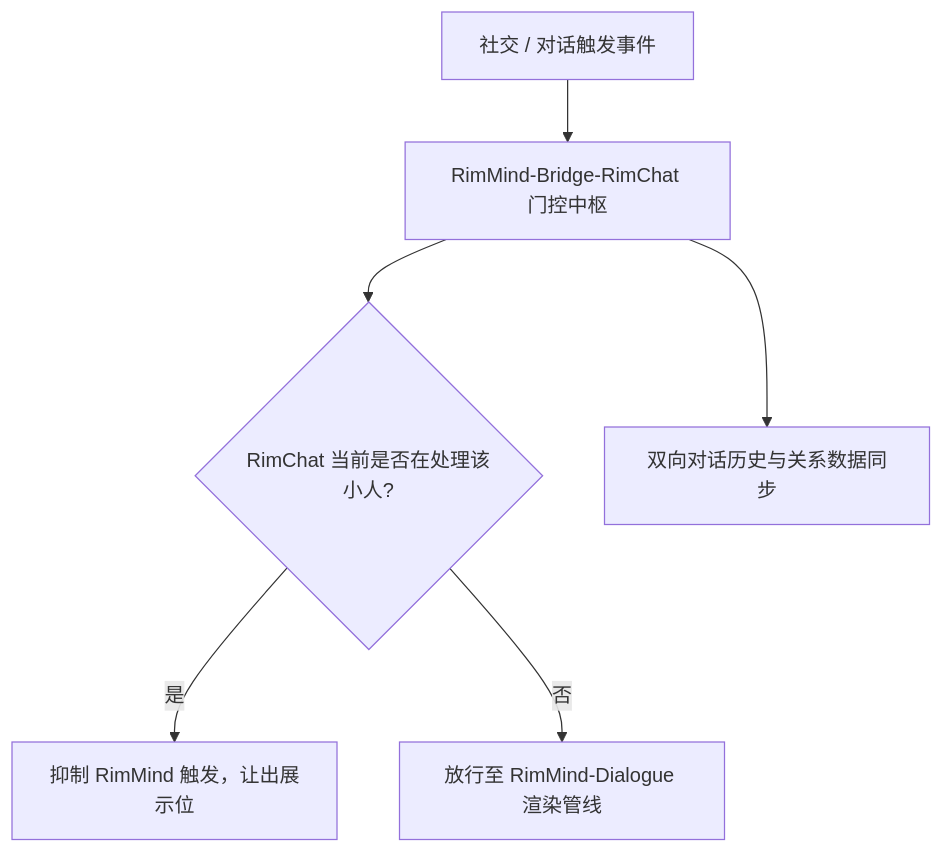
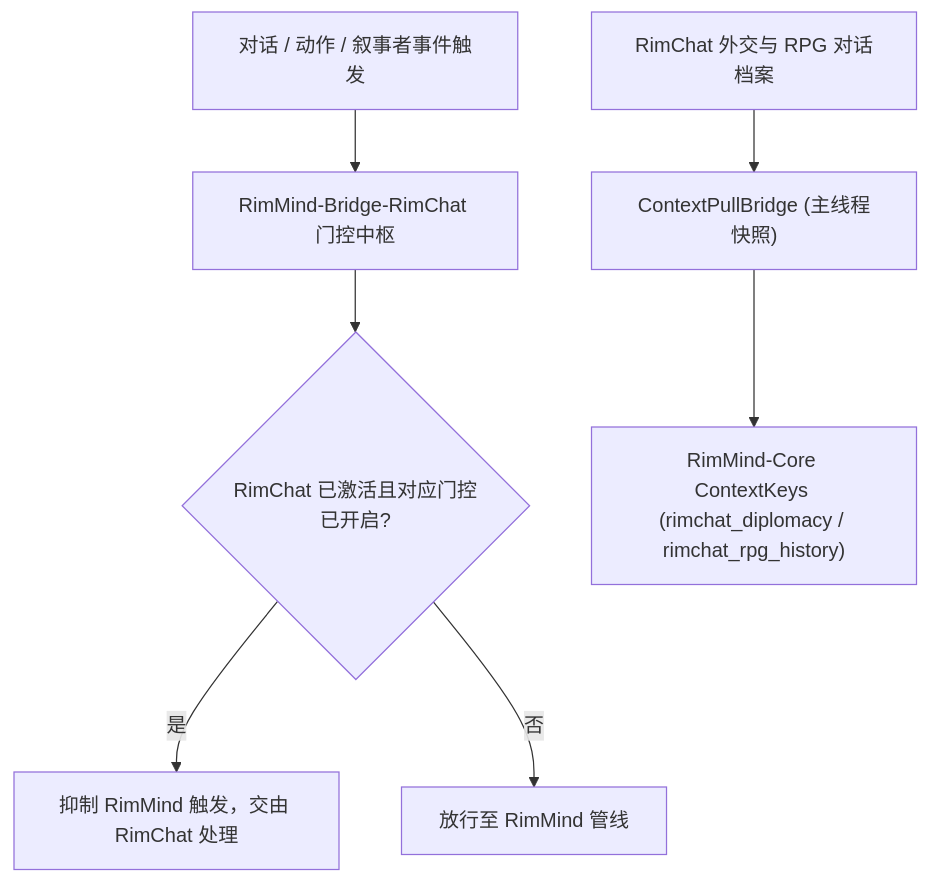
One commit to RimWorld-RimMind-Mod/RimWorld-RimMind-Mod-Bridge-RimChat changed the diagram in README_zh.md. Above: the diagram before and after it, drawn with Mermaid. The commit also changed other lines of this file and 21 other files, not shown here.

First line of the commit message:
fix(bridge-rimchat): fix DiplomacyManager reflection P0, main-thread safety, and sync packaging/docs (#23)

````diff
--- a/README_zh.md
+++ b/README_zh.md
@@ -41,8 +41,9 @@
 ```mermaid
 flowchart TD
-    Event["社交 / 对话触发事件"] --> Bridge["RimMind-Bridge-RimChat 门控中枢"]
-    Bridge --> Check{"RimChat 当前是否在处理该小人?"}
-    Check -- 是 --> Suppress["抑制 RimMind 触发，让出展示位"]
-    Check -- 否 --> Allow["放行至 RimMind-Dialogue 渲染管线"]
-    Bridge --> Sync["双向对话历史与关系数据同步"]
+    Event["对话 / 动作 / 叙事者事件触发"] --> Bridge["RimMind-Bridge-RimChat 门控中枢"]
+    Bridge --> Check{"RimChat 已激活且对应门控已开启?"}
+    Check -- 是 --> Suppress["抑制 RimMind 触发，交由 RimChat 处理"]
+    Check -- 否 --> Allow["放行至 RimMind 管线"]
+    RimChatLogs["RimChat 外交与 RPG 对话档案"] --> Pull["ContextPullBridge (主线程快照)"]
+    Pull --> CoreContext["RimMind-Core ContextKeys (rimchat_diplomacy / rimchat_rpg_history)"]
 ```
````
